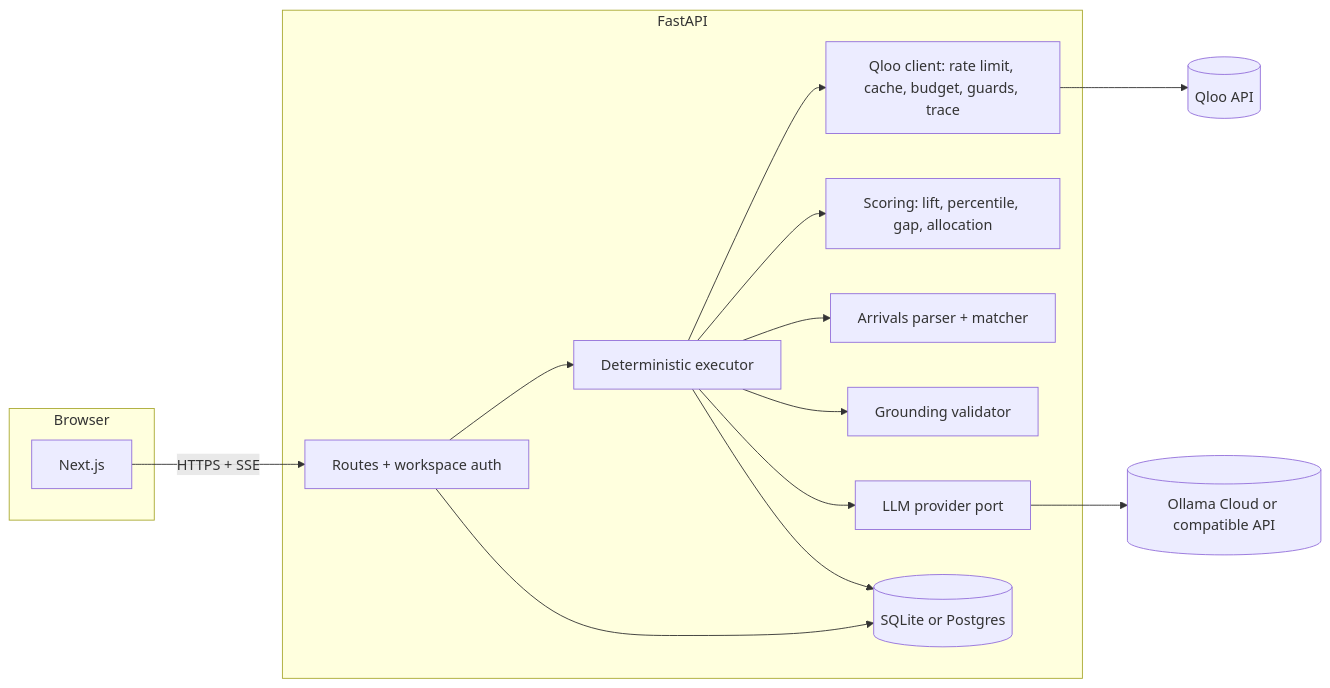
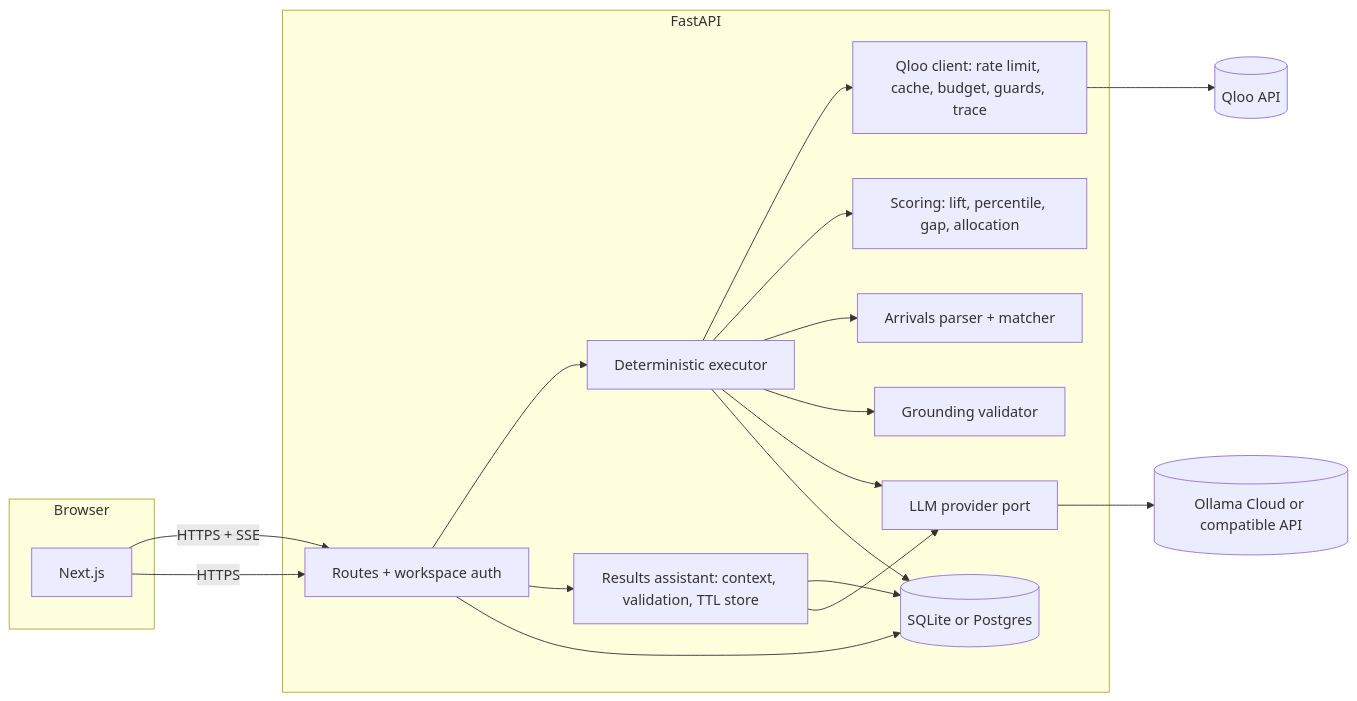
One commit to thenameisomm/tastebound changed the first of 2 diagrams in docs/03-architecture.md. Above: the diagram before and after it, drawn with Mermaid. The commit also changed other lines of this file and 66 other files, not shown here.

Commit message:
feat(assistant): add grounded results assistant [F13]

````diff
--- a/docs/03-architecture.md
+++ b/docs/03-architecture.md
@@ -50,26 +51,30 @@
 ```mermaid
 flowchart LR
   subgraph Browser
     W[Next.js]
   end
   subgraph API[FastAPI]
     R[Routes + workspace auth]
     EX[Deterministic executor]
     QC[Qloo client: rate limit, cache, budget, guards, trace]
     SC[Scoring: lift, percentile, gap, allocation]
     AR[Arrivals parser + matcher]
     GR[Grounding validator]
+    AS[Results assistant: context, validation, TTL store]
     LP[LLM provider port]
     DB[(SQLite or Postgres)]
   end
   Q[(Qloo API)]
   O[(Ollama Cloud or compatible API)]
   W -- HTTPS + SSE --> R --> EX
+  W -- HTTPS --> R --> AS
   EX --> QC --> Q
   EX --> SC
   EX --> AR
   EX --> GR
   EX --> LP --> O
   R --> DB
+  AS --> DB
   EX --> DB
+  AS --> LP
 ```
````
